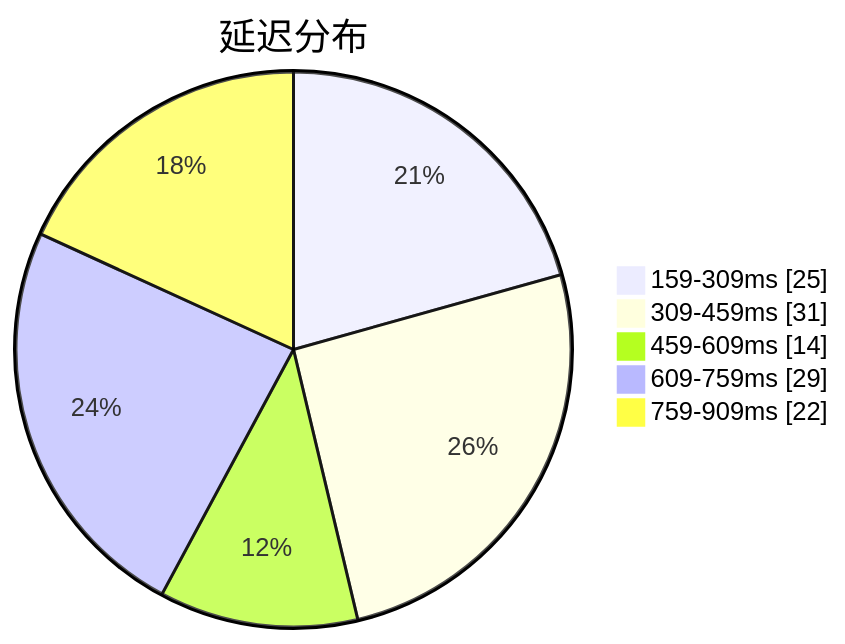
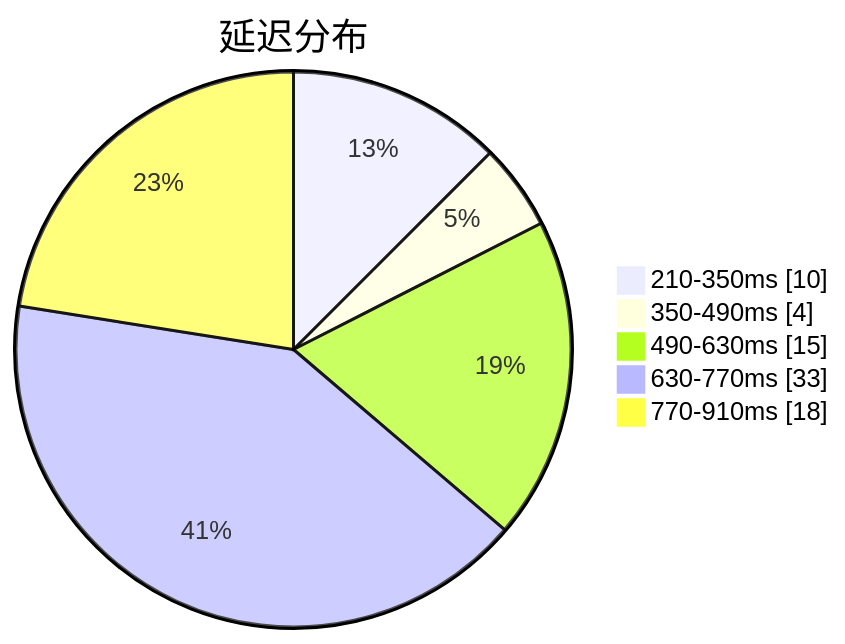
The first of 3 diagrams in subs/statistics/tested_within.md (qjlxg/airport), drawn with Mermaid before and after one commit. The commit also changed other lines of this file and 2 other files, not shown here.

````diff
--- a/subs/statistics/tested_within.md
+++ b/subs/statistics/tested_within.md
@@ -2,9 +2,9 @@
 ```mermaid
 pie showData
 title 延迟分布
-"159-309ms" : 25
-"309-459ms" : 31
-"459-609ms" : 14
-"609-759ms" : 29
-"759-909ms" : 22
+"210-350ms" : 10
+"350-490ms" : 4
+"490-630ms" : 15
+"630-770ms" : 33
+"770-910ms" : 18
 ```
````
